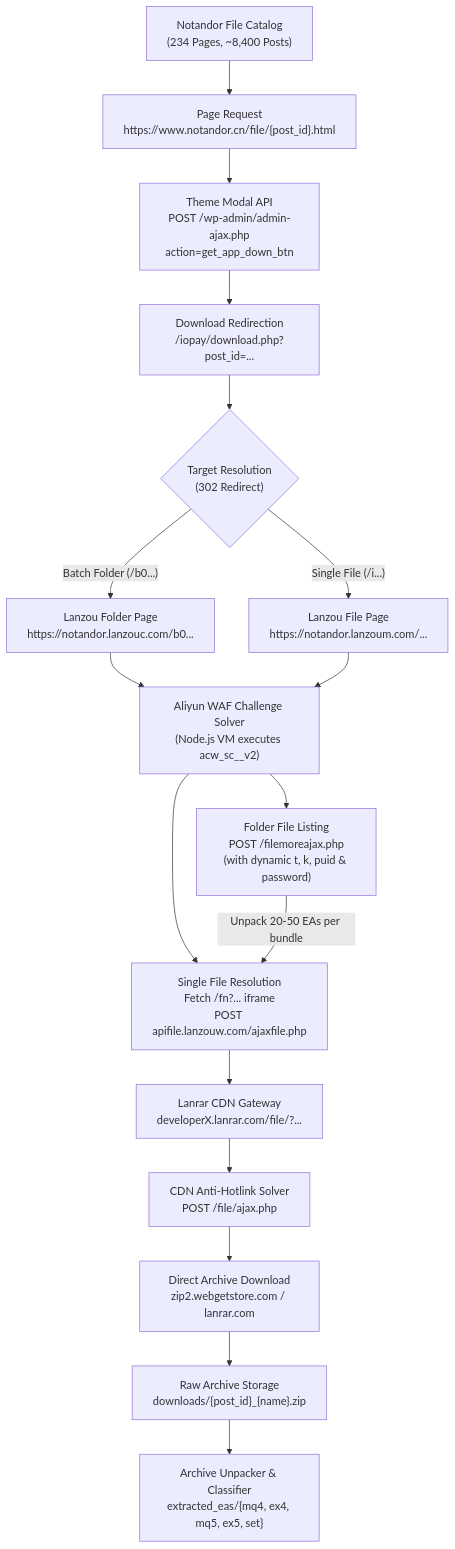
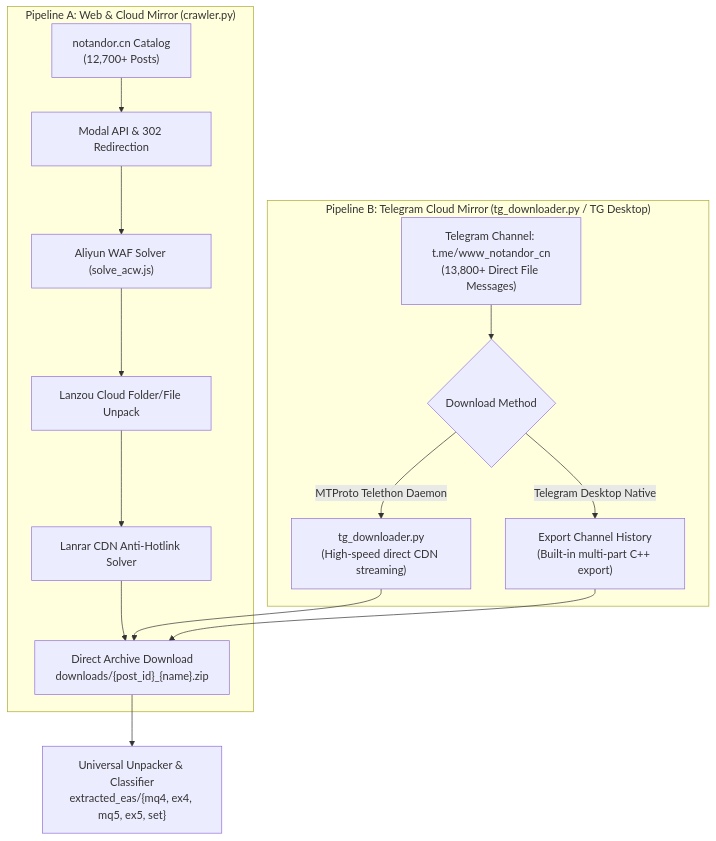
One commit to adminsharpcode/quant-finance-projects changed the diagram in notandor cn backup/README.md. Above: the diagram before and after it, drawn with Mermaid. The commit also changed other lines of this file and 6 other files, not shown here.

Commit message:
feat(telegram): add Telegram mirror tools (tg_cataloger, tg_downloader) & expand catalog to 13,132+ EAs/indicators

````diff
--- a/notandor cn backup/README.md
+++ b/notandor cn backup/README.md
@@ -11,23 +11,20 @@
 ```mermaid
 flowchart TD
-    A["Notandor File Catalog<br/>(234 Pages, ~8,400 Posts)"] --> B["Page Request<br/>https://www.notandor.cn/file/{post_id}.html"]
-    B --> C["Theme Modal API<br/>POST /wp-admin/admin-ajax.php<br/>action=get_app_down_btn"]
-    C --> D["Download Redirection<br/>/iopay/download.php?post_id=..."]
-    D --> E{"Target Resolution<br/>(302 Redirect)"}
-    
-    E -->|"Batch Folder (/b0...)"| F["Lanzou Folder Page<br/>https://notandor.lanzouc.com/b0..."]
-    E -->|"Single File (/i...)"| G["Lanzou File Page<br/>https://notandor.lanzoum.com/..."]
-    
-    F --> H["Aliyun WAF Challenge Solver<br/>(Node.js VM executes acw_sc__v2)"]
-    G --> H
-    
-    H --> I["Folder File Listing<br/>POST /filemoreajax.php<br/>(with dynamic t, k, puid & password)"]
-    H --> J["Single File Resolution<br/>Fetch /fn?... iframe<br/>POST apifile.lanzouw.com/ajaxfile.php"]
-    
-    I -->|"Unpack 20-50 EAs per bundle"| J
-    J --> K["Lanrar CDN Gateway<br/>developerX.lanrar.com/file/?..."]
-    K --> L["CDN Anti-Hotlink Solver<br/>POST /file/ajax.php"]
-    L --> M["Direct Archive Download<br/>zip2.webgetstore.com / lanrar.com"]
-    M --> N["Raw Archive Storage<br/>downloads/{post_id}_{name}.zip"]
-    N --> O["Archive Unpacker & Classifier<br/>extracted_eas/{mq4, ex4, mq5, ex5, set}"]
+    subgraph Web_Mirror ["Pipeline A: Web & Cloud Mirror (crawler.py)"]
+        W1["notandor.cn Catalog<br/>(12,700+ Posts)"] --> W2["Modal API & 302 Redirection"]
+        W2 --> W3["Aliyun WAF Solver (solve_acw.js)"]
+        W3 --> W4["Lanzou Cloud Folder/File Unpack"]
+        W4 --> W5["Lanrar CDN Anti-Hotlink Solver"]
+        W5 --> W6["Direct Archive Download<br/>downloads/{post_id}_{name}.zip"]
+    end
+
+    subgraph Telegram_Mirror ["Pipeline B: Telegram Cloud Mirror (tg_downloader.py / TG Desktop)"]
+        T1["Telegram Channel: t.me/www_notandor_cn<br/>(13,800+ Direct File Messages)"] --> T2{"Download Method"}
+        T2 -->|"MTProto Telethon Daemon"| T3["tg_downloader.py<br/>(High-speed direct CDN streaming)"]
+        T2 -->|"Telegram Desktop Native"| T4["Export Channel History<br/>(Built-in multi-part C++ export)"]
+        T3 --> W6
+        T4 --> W6
+    end
+
+    W6 --> EXT["Universal Unpacker & Classifier<br/>extracted_eas/{mq4, ex4, mq5, ex5, set}"]
 ```
````
